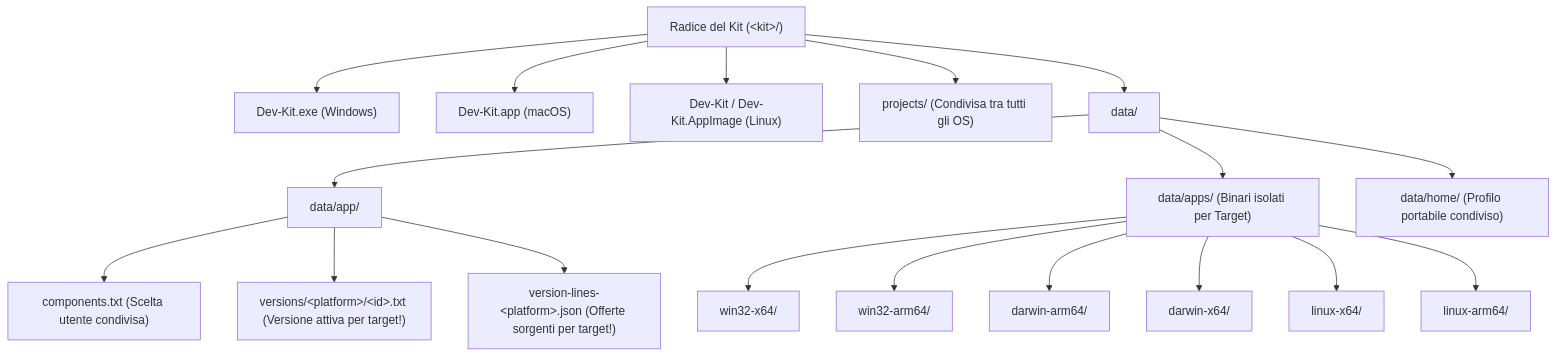
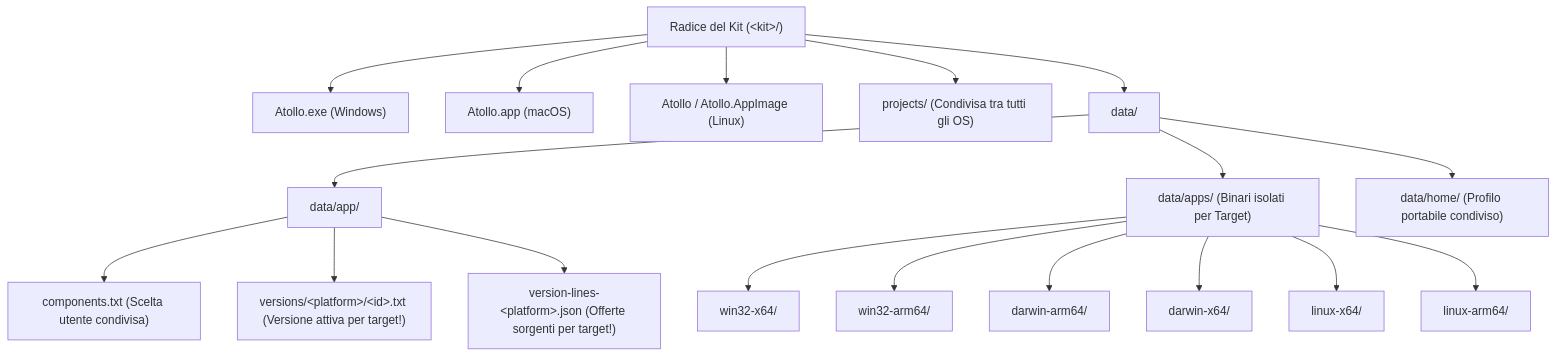
Before and after one commit to nabre/atollo: the diagram in docs/reports/v1/06-PIANO-MATRICE-DOWNLOAD-E-FILE-MULTIPIATTAFORMA.md, drawn with Mermaid. The commit also changed other lines of this file and 49 other files, not shown here.

````diff
--- a/docs/reports/v1/06-PIANO-MATRICE-DOWNLOAD-E-FILE-MULTIPIATTAFORMA.md
+++ b/docs/reports/v1/06-PIANO-MATRICE-DOWNLOAD-E-FILE-MULTIPIATTAFORMA.md
@@ -15,24 +15,24 @@
 ```mermaid
 flowchart TD
     ROOT["Radice del Kit (&lt;kit&gt;/)"]
-    ROOT --> BIN_WIN["Dev-Kit.exe (Windows)"]
-    ROOT --> BIN_MAC["Dev-Kit.app (macOS)"]
-    ROOT --> BIN_LIN["Dev-Kit / Dev-Kit.AppImage (Linux)"]
+    ROOT --> BIN_WIN["Atollo.exe (Windows)"]
+    ROOT --> BIN_MAC["Atollo.app (macOS)"]
+    ROOT --> BIN_LIN["Atollo / Atollo.AppImage (Linux)"]
     ROOT --> PROJ["projects/ (Condivisa tra tutti gli OS)"]
     ROOT --> DATA["data/"]
 
     DATA --> APP["data/app/"]
     DATA --> APPS["data/apps/ (Binari isolati per Target)"]
     DATA --> HOME["data/home/ (Profilo portabile condiviso)"]
 
     APP --> COMP_TXT["components.txt (Scelta utente condivisa)"]
     APP --> VER_DIR["versions/&lt;platform&gt;/&lt;id&gt;.txt (Versione attiva per target!)"]
     APP --> LINES_JSON["version-lines-&lt;platform&gt;.json (Offerte sorgenti per target!)"]
 
     APPS --> W64["win32-x64/"]
     APPS --> WA64["win32-arm64/"]
     APPS --> DA64["darwin-arm64/"]
     APPS --> DX64["darwin-x64/"]
     APPS --> LX64["linux-x64/"]
     APPS --> LA64["linux-arm64/"]
 ```
````
